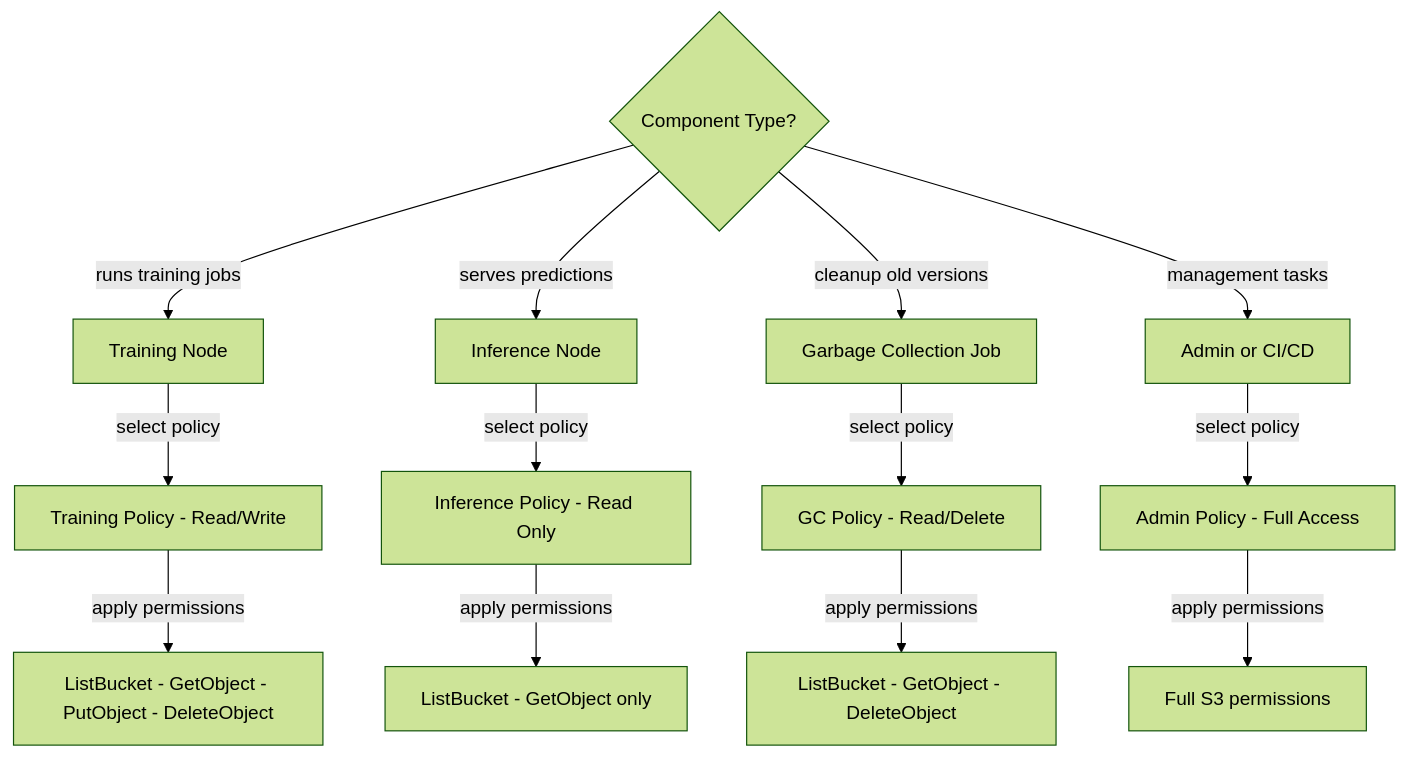
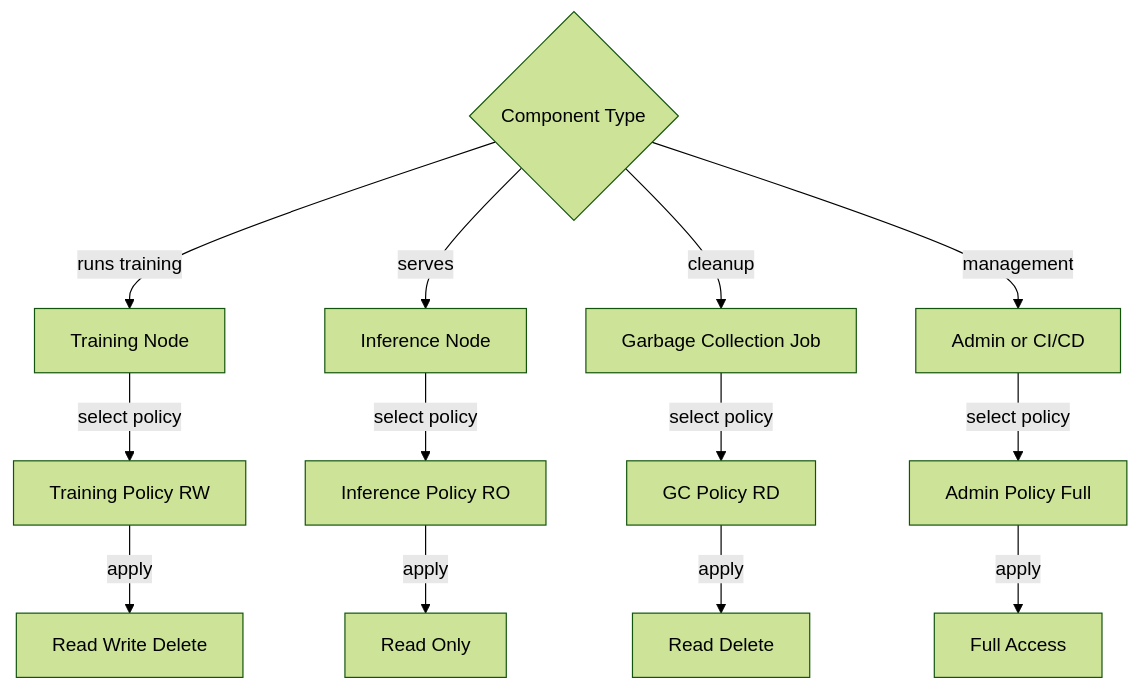
One commit to Tuee22/SpectralMC changed the second of 5 diagrams in documents/product/deployment.md. Above: the diagram before and after it, drawn with Mermaid (forest theme). The commit also changed other lines of this file and 68 other files, not shown here.

````diff
--- a/documents/product/deployment.md
+++ b/documents/product/deployment.md
@@ -121,29 +125,29 @@
 ```mermaid
 flowchart TB
-  Start{Component Type?}
+  Start{Component Type}
 
   Training[Training Node]
   Inference[Inference Node]
   GC[Garbage Collection Job]
   Admin[Admin or CI/CD]
 
-  TrainingPolicy[Training Policy - Read/Write]
-  InferencePolicy[Inference Policy - Read Only]
-  GCPolicy[GC Policy - Read/Delete]
-  AdminPolicy[Admin Policy - Full Access]
+  TrainingPolicy[Training Policy RW]
+  InferencePolicy[Inference Policy RO]
+  GCPolicy[GC Policy RD]
+  AdminPolicy[Admin Policy Full]
 
-  Start -->|runs training jobs| Training
-  Start -->|serves predictions| Inference
-  Start -->|cleanup old versions| GC
-  Start -->|management tasks| Admin
+  Start -->|runs training| Training
+  Start -->|serves| Inference
+  Start -->|cleanup| GC
+  Start -->|management| Admin
 
   Training -->|select policy| TrainingPolicy
   Inference -->|select policy| InferencePolicy
   GC -->|select policy| GCPolicy
   Admin -->|select policy| AdminPolicy
 
-  TrainingPolicy -->|apply permissions| TrainingPerms[ListBucket - GetObject - PutObject - DeleteObject]
-  InferencePolicy -->|apply permissions| InferencePerms[ListBucket - GetObject only]
-  GCPolicy -->|apply permissions| GCPerms[ListBucket - GetObject - DeleteObject]
-  AdminPolicy -->|apply permissions| AdminPerms[Full S3 permissions]
+  TrainingPolicy -->|apply| TrainingPerms[Read Write Delete]
+  InferencePolicy -->|apply| InferencePerms[Read Only]
+  GCPolicy -->|apply| GCPerms[Read Delete]
+  AdminPolicy -->|apply| AdminPerms[Full Access]
 ```
````
